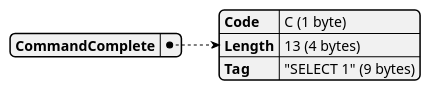
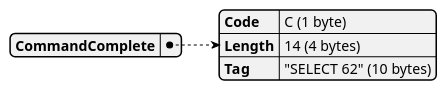
Before and after one commit to xfischer/pg_protoexport: the tenth of 11 diagrams in docs/examples/exports/pagila-04-extended-query-unnamed-statement/capture.plantuml.pkt.md, drawn with PlantUML. The commit also changed other lines of this file and 135 other files, not shown here.

````diff
--- a/docs/examples/exports/pagila-04-extended-query-unnamed-statement/capture.plantuml.pkt.md
+++ b/docs/examples/exports/pagila-04-extended-query-unnamed-statement/capture.plantuml.pkt.md
@@ -165,11 +184,11 @@
 ```plantuml
 @startjson
 {
   "CommandComplete": {
     "Code": "C (1 byte)",
-    "Length": "13 (4 bytes)",
-    "Tag": "\"SELECT 1\" (9 bytes)"
+    "Length": "14 (4 bytes)",
+    "Tag": "\"SELECT 62\" (10 bytes)"
   }
 }
 @endjson
 ```
````
